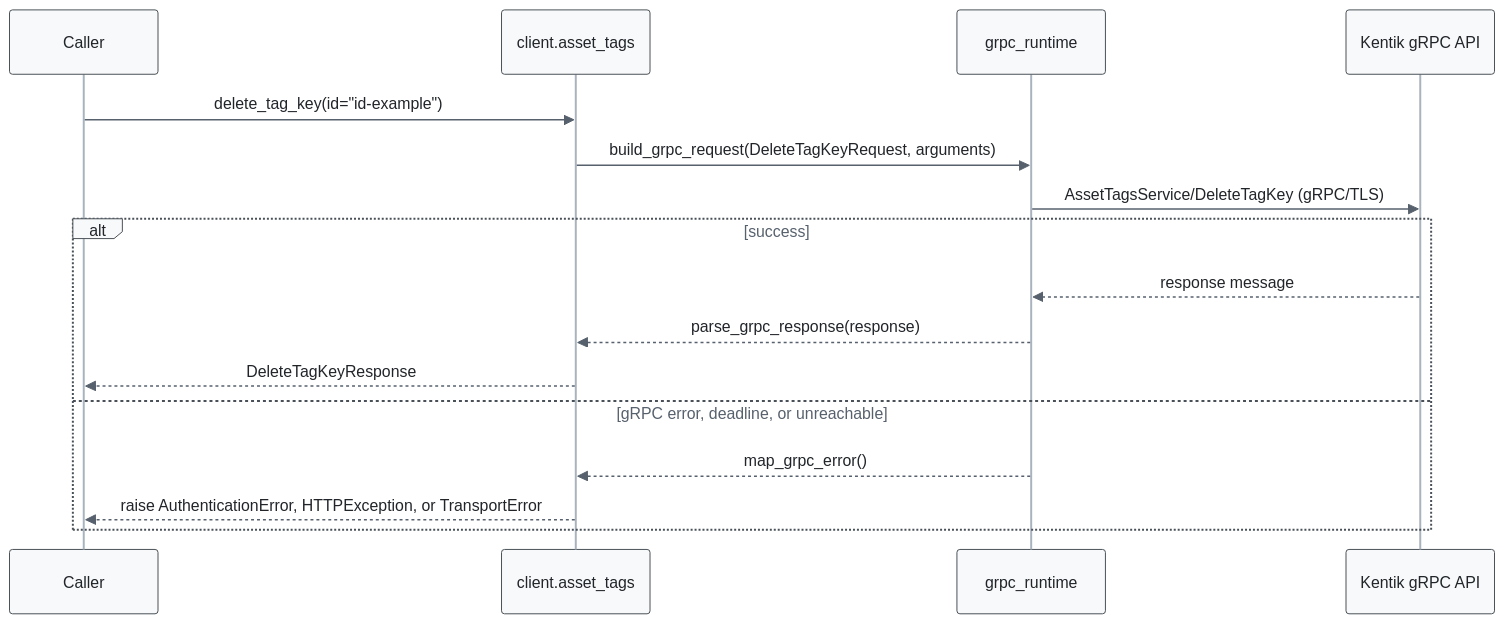
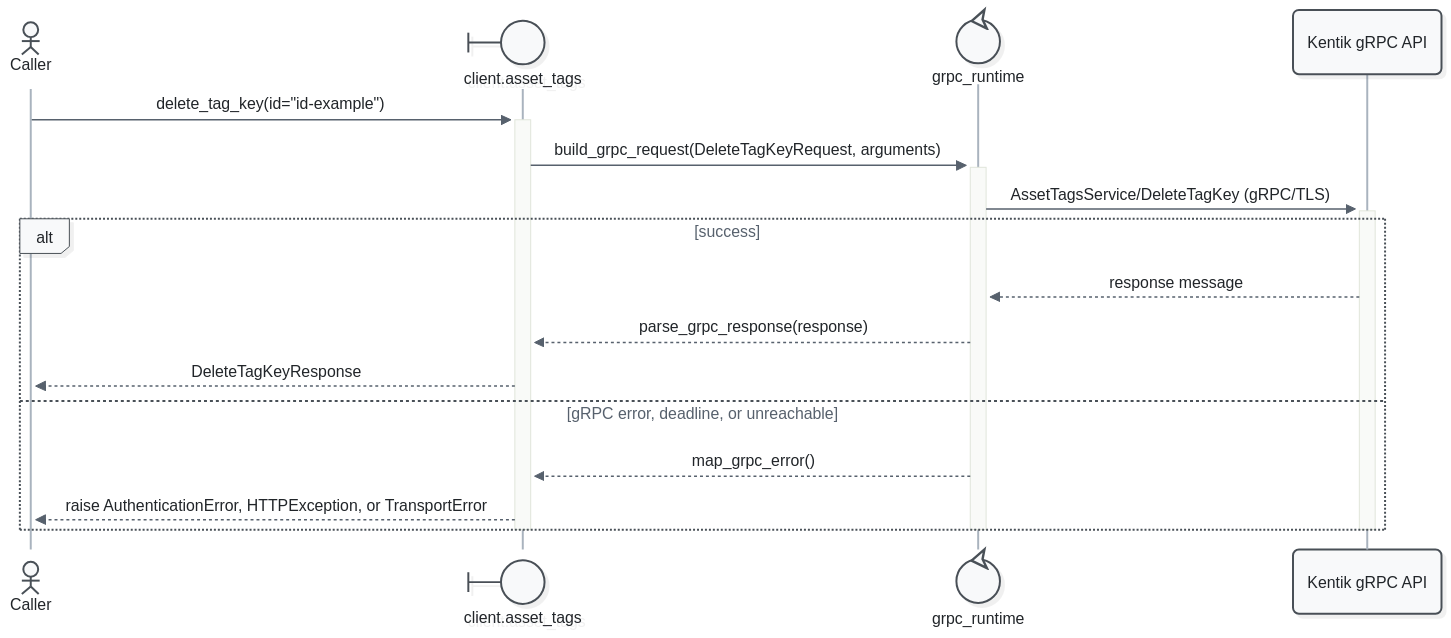
Before and after one commit to alexdearaujo/community_sdk_python: diagram 12 of 19 in docs/sphinx/services/asset_tags.md, drawn with Mermaid. The commit also changed other lines of this file and 52 other files, not shown here.

First line of the commit message:
docs: Mermaid 12 sequence diagrams with participant types and path colors

````diff
--- a/docs/sphinx/services/asset_tags.md
+++ b/docs/sphinx/services/asset_tags.md
@@ -443,20 +470,23 @@
 ```mermaid
-%%{init: {"theme": "base", "fontFamily": "ui-monospace, SFMono-Regular, Menlo, monospace", "themeVariables": {"fontFamily": "ui-monospace, SFMono-Regular, Menlo, monospace", "primaryColor": "#f8f9fa", "primaryBorderColor": "#495057", "primaryTextColor": "#212529", "textColor": "#212529", "lineColor": "#77818c", "edgeLabelBackground": "#ffffff", "actorBkg": "#f8f9fa", "actorBorder": "#495057", "actorTextColor": "#212529", "actorLineColor": "#a9b3be", "signalColor": "#57616d", "signalTextColor": "#212529", "labelBoxBkgColor": "#f8f9fa", "labelBoxBorderColor": "#495057", "labelTextColor": "#212529", "loopTextColor": "#57616d", "noteBkgColor": "#fff9db", "noteBorderColor": "#f08c00", "noteTextColor": "#a35a00"}, "flowchart": {"curve": "step", "nodeSpacing": 30, "rankSpacing": 70, "wrappingWidth": 400}}}%%
+%%{init: {"theme": "redux", "look": "neo", "layout": "dagre", "fontFamily": "ui-monospace, SFMono-Regular, Menlo, monospace", "themeVariables": {"fontFamily": "ui-monospace, SFMono-Regular, Menlo, monospace", "primaryColor": "#f8f9fa", "primaryBorderColor": "#495057", "primaryTextColor": "#212529", "textColor": "#212529", "lineColor": "#77818c", "edgeLabelBackground": "#ffffff", "actorBkg": "#f8f9fa", "actorBorder": "#495057", "actorTextColor": "#212529", "actorLineColor": "#a9b3be", "signalColor": "#57616d", "signalTextColor": "#212529", "labelBoxBkgColor": "#f8f9fa", "labelBoxBorderColor": "#495057", "labelTextColor": "#212529", "loopTextColor": "#57616d", "noteBkgColor": "#fff9db", "noteBorderColor": "#f08c00", "noteTextColor": "#a35a00"}, "sequence": {"activationWidth": 16}, "flowchart": {"curve": "step", "nodeSpacing": 30, "rankSpacing": 70, "wrappingWidth": 400}}}%%
 sequenceDiagram
-    participant C as Caller
-    participant W as client.asset_tags
-    participant R as grpc_runtime
+    actor C as Caller
+    participant W@{ "type": "boundary" } as client.asset_tags
+    participant R@{ "type": "control" } as grpc_runtime
     participant API as Kentik gRPC API
 
-    C->>W: delete_tag_key(id="id-example")
-    W->>R: build_grpc_request(DeleteTagKeyRequest, arguments)
-    R->>API: AssetTagsService/DeleteTagKey (gRPC/TLS)
+    C->>+W: delete_tag_key(id="id-example")
+    W->>+R: build_grpc_request(DeleteTagKeyRequest, arguments)
+    R->>+API: AssetTagsService/DeleteTagKey (gRPC/TLS)
     alt success
         API-->>R: response message
         R-->>W: parse_grpc_response(response)
         W-->>C: DeleteTagKeyResponse
     else gRPC error, deadline, or unreachable
         R-->>W: map_grpc_error()
         W-->>C: raise AuthenticationError, HTTPException, or TransportError
     end
+    deactivate API
+    deactivate R
+    deactivate W
 ```
````
